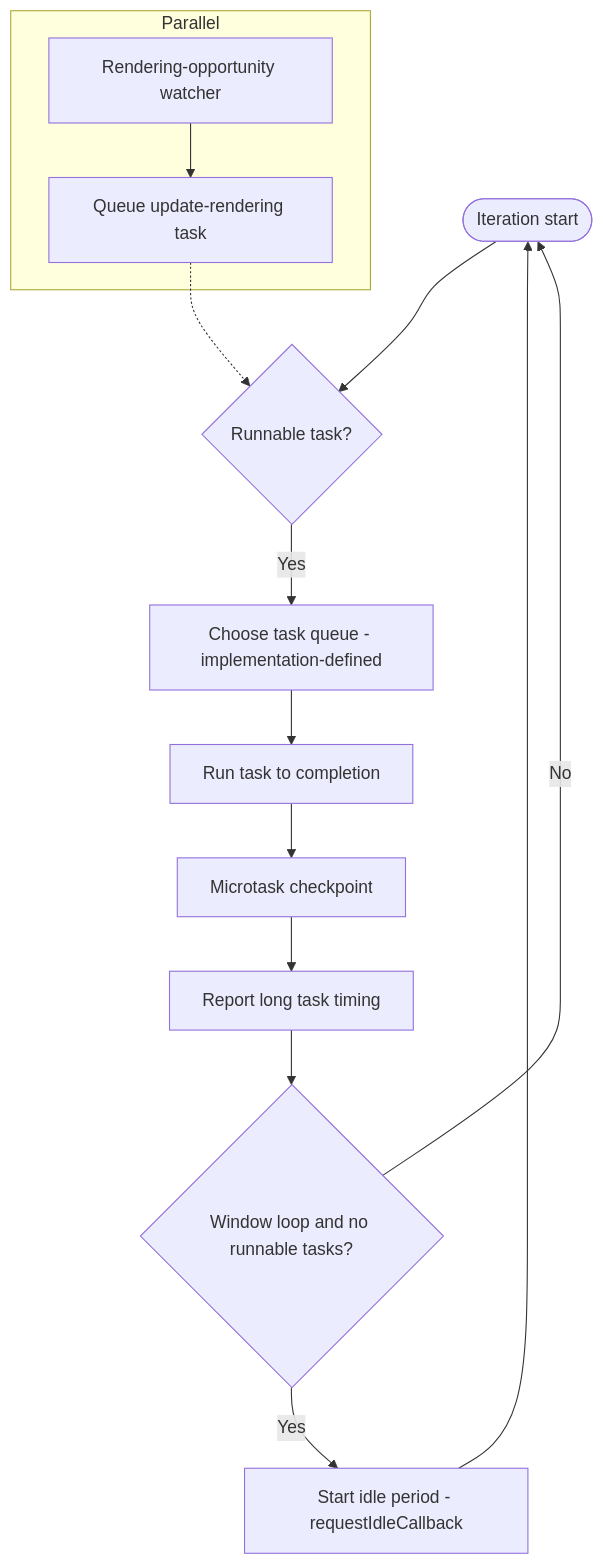
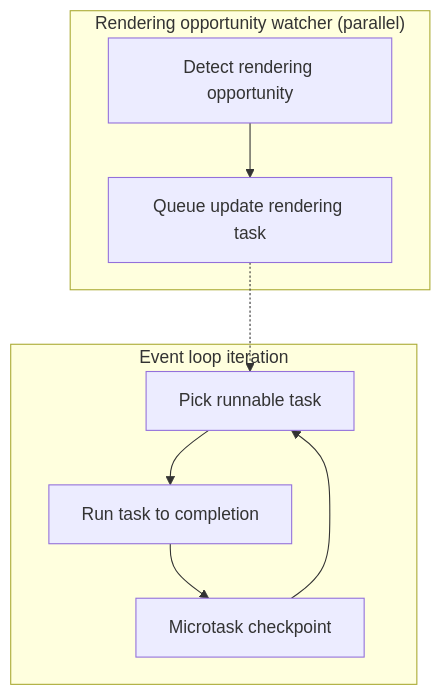
The diagram in v4/content/articles/browser-runtime-internals/js-runtime-internals/browser-event-loop/README.md (sujeet-pro/legacy-personal-site), drawn with Mermaid before and after one commit. The commit also changed other lines of this file and 18 other files, not shown here.

````diff
--- a/v4/content/articles/browser-runtime-internals/js-runtime-internals/browser-event-loop/README.md
+++ b/v4/content/articles/browser-runtime-internals/js-runtime-internals/browser-event-loop/README.md
@@ -25,17 +33,12 @@
 ```mermaid
 flowchart TD
-  A([Iteration start]) --> B{Runnable task?}
-  B -- Yes --> C[Choose task queue - implementation-defined]
-  C --> D[Run task to completion]
-  D --> E[Microtask checkpoint]
-  E --> F[Report long task timing]
-  F --> G{Window loop and no runnable tasks?}
-  G -- Yes --> H[Start idle period - requestIdleCallback]
-  G -- No --> A
-  H --> A
-
-  subgraph Parallel
-    P1[Rendering-opportunity watcher] --> P2[Queue update-rendering task]
+  subgraph EL["Event loop iteration"]
+    Q[Pick runnable task] --> T[Run task to completion]
+    T --> M[Microtask checkpoint]
+    M --> Q
   end
-  P2 -.-> B
+  subgraph RW["Rendering opportunity watcher (parallel)"]
+    W[Detect rendering opportunity] --> U[Queue update rendering task]
+  end
+  U -.-> Q
 ```
````
